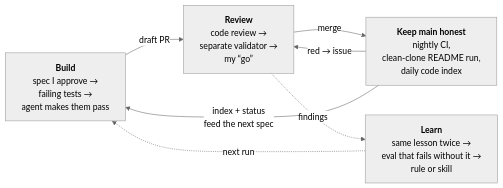
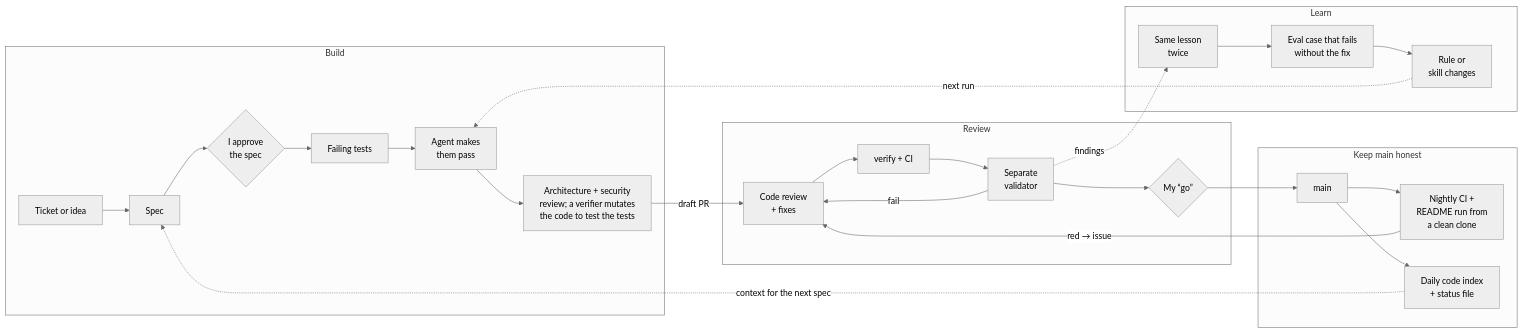
The diagram in README.md (HlibHav/HlibHav), drawn with Mermaid (neutral theme) before and after one commit.

Commit message:
Restore the detailed loop map

````diff
--- a/README.md
+++ b/README.md
@@ -50,9 +50,24 @@
 ```mermaid
 flowchart LR
-  B["<b>Build</b><br/>spec I approve →<br/>failing tests →<br/>agent makes them pass"] -- "draft PR" --> R["<b>Review</b><br/>code review →<br/>separate validator →<br/>my “go”"]
-  R -- "merge" --> M["<b>Keep main honest</b><br/>nightly CI,<br/>clean-clone README run,<br/>daily code index"]
-  M -- "red → issue" --> R
-  M -- "index + status<br/>feed the next spec" --> B
-  R -. "findings" .-> L["<b>Learn</b><br/>same lesson twice →<br/>eval that fails without it →<br/>rule or skill"]
-  L -. "next run" .-> B
+  subgraph SDD["Build"]
+    I["Ticket or idea"] --> SP["Spec"] --> OK{"I approve<br/>the spec"}
+    OK --> TW["Failing tests"] --> IM["Agent makes<br/>them pass"] --> AR["Architecture + security<br/>review; a verifier mutates<br/>the code to test the tests"]
+  end
+  subgraph REV["Review"]
+    CR["Code review<br/>+ fixes"] --> VF["verify + CI"] --> VA["Separate<br/>validator"] --> GO{"My “go”"}
+    VA -- "fail" --> CR
+  end
+  subgraph MAIN["Keep main honest"]
+    M["main"] --> NC["Nightly CI +<br/>README run from<br/>a clean clone"]
+    M --> IX["Daily code index<br/>+ status file"]
+  end
+  subgraph LEARN["Learn"]
+    L["Same lesson<br/>twice"] --> EV["Eval case that fails<br/>without the fix"] --> SK["Rule or<br/>skill changes"]
+  end
+  AR -- "draft PR" --> CR
+  GO --> M
+  NC -- "red → issue" --> CR
+  IX -. "context for the next spec" .-> SP
+  VA -. "findings" .-> L
+  SK -. "next run" .-> IM
 ```
````
